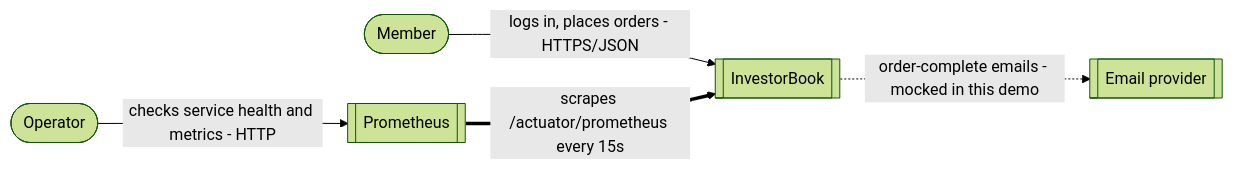
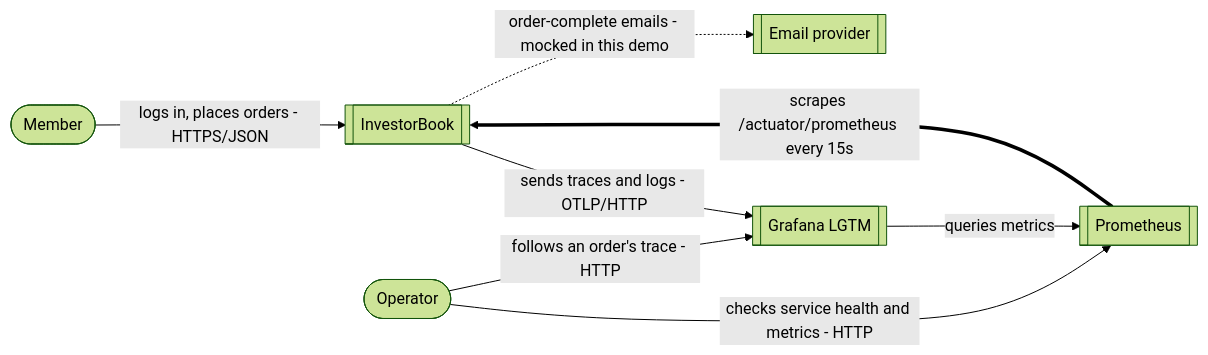
One commit to TareqAlhashash/microservices changed the first of 4 diagrams in README.md. Above: the diagram before and after it, drawn with Mermaid (forest theme). The commit also changed other lines of this file and 6 other files, not shown here.

First line of the commit message:
Document the monitoring architecture and update the AWS diagram

````diff
--- a/README.md
+++ b/README.md
@@ -17,13 +17,17 @@
 ```mermaid
 graph LR
     Member([Member])
     Operator([Operator])
     System[[InvestorBook]]
     Email[[Email provider]]
     Prometheus[[Prometheus]]
+    Grafana[[Grafana LGTM]]
 
     Member -->|logs in, places orders - HTTPS/JSON| System
     System -.->|order-complete emails - mocked in this demo| Email
     Operator -->|checks service health and metrics - HTTP| Prometheus
+    Operator -->|follows an order's trace - HTTP| Grafana
     Prometheus ==>|scrapes /actuator/prometheus every 15s| System
+    System -->|sends traces and logs - OTLP/HTTP| Grafana
+    Grafana -->|queries metrics| Prometheus
 ```
````
